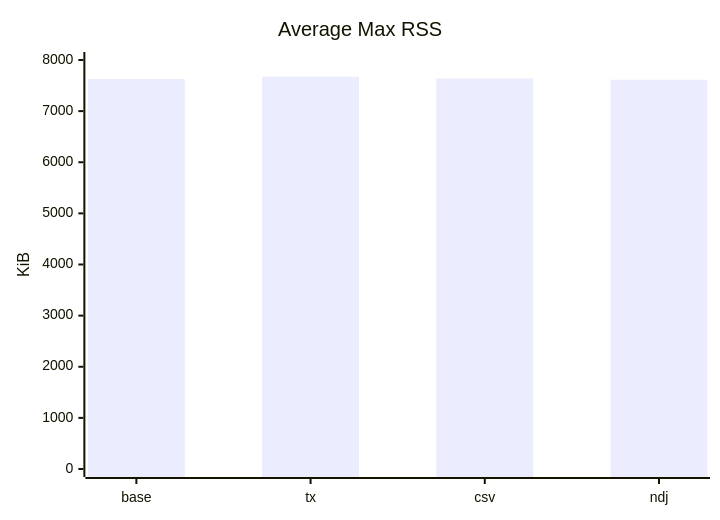
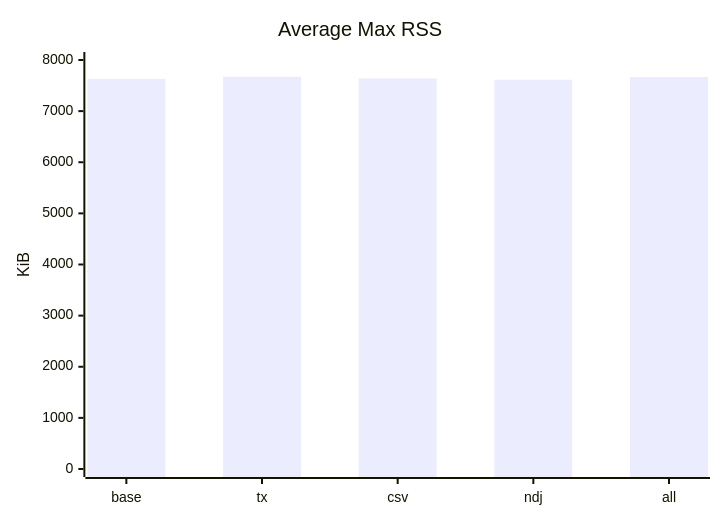
One commit to Raynhardt-Van-Zyl/noda-interview changed the third of 6 diagrams in METRICS.md. Above: the diagram before and after it, drawn with Mermaid. The commit also changed other lines of this file, not shown here.

````diff
--- a/METRICS.md
+++ b/METRICS.md
@@ -85,7 +88,7 @@
 ```mermaid
 xychart-beta
     title "Average Max RSS"
-    x-axis ["base", "tx", "csv", "ndj"]
+    x-axis ["base", "tx", "csv", "ndj", "all"]
     y-axis "KiB" 0 --> 8000
-    bar [7628, 7674, 7640, 7614]
+    bar [7628, 7674, 7640, 7614, 7668]
 ```
````
